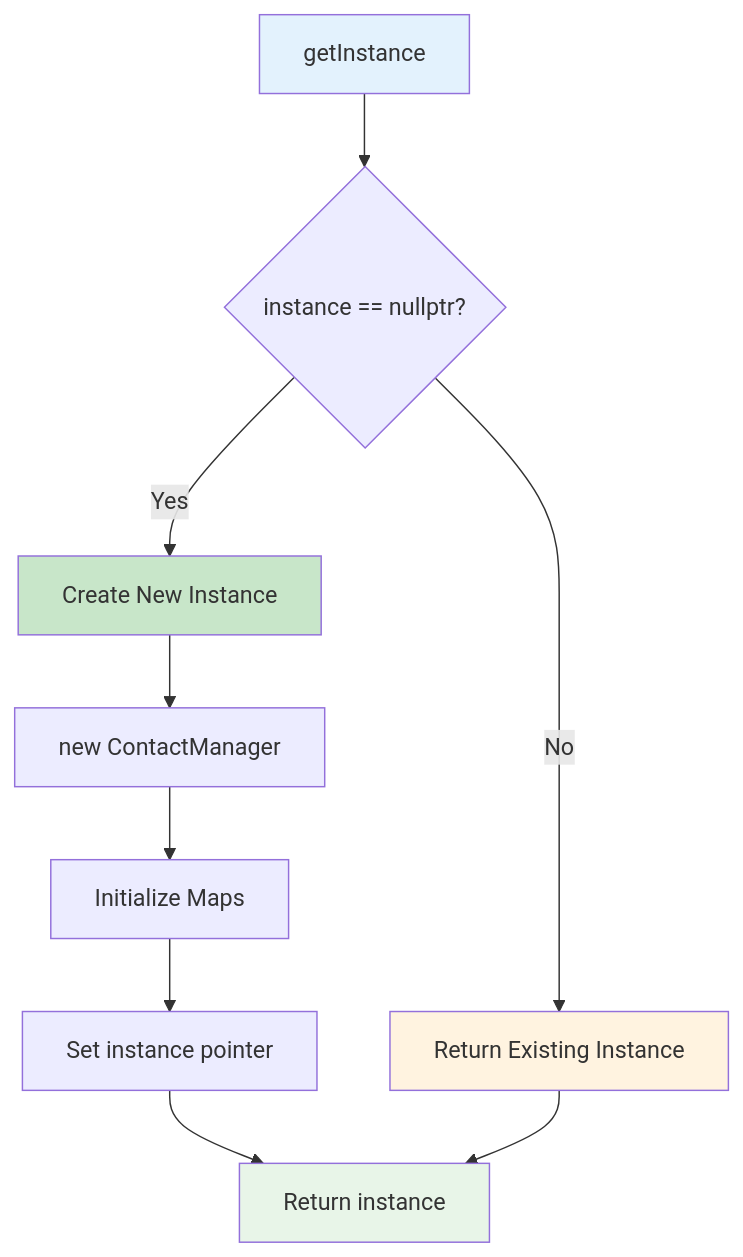
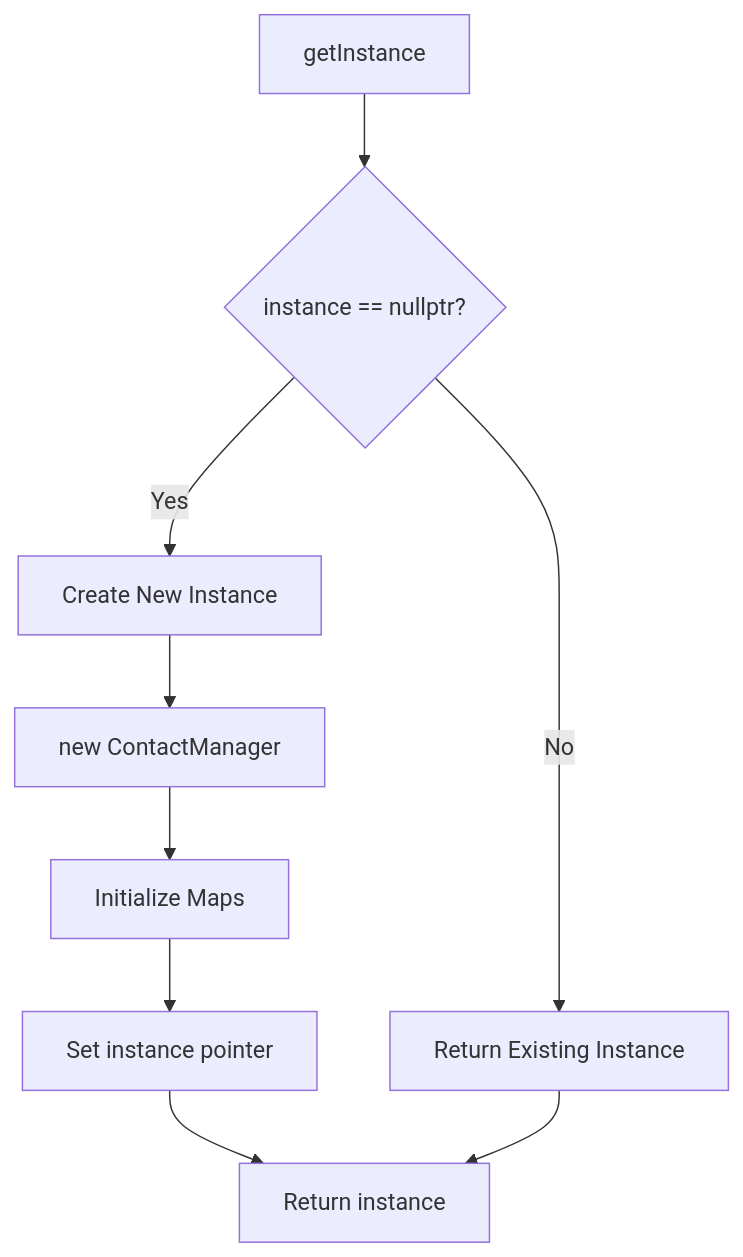
The ninth of 14 diagrams in DATA_STRUCTURES_TREES.md (TaiLoiZzzz/DSA_PROJECT), drawn with Mermaid before and after one commit. The commit also changed other lines of this file, not shown here.

````diff
--- a/DATA_STRUCTURES_TREES.md
+++ b/DATA_STRUCTURES_TREES.md
@@ -203,19 +163,14 @@
 ```mermaid
 graph TD
     A[getInstance] --> B{instance == nullptr?}
-    
+
     B -->|Yes| C[Create New Instance]
     B -->|No| D[Return Existing Instance]
-    
+
     C --> C1[new ContactManager]
     C1 --> C2[Initialize Maps]
     C2 --> C3[Set instance pointer]
-    
+
     C3 --> E[Return instance]
     D --> E
-    
-    style A fill:#e3f2fd
-    style C fill:#c8e6c9
-    style D fill:#fff3e0
-    style E fill:#e8f5e8
 ```
````
